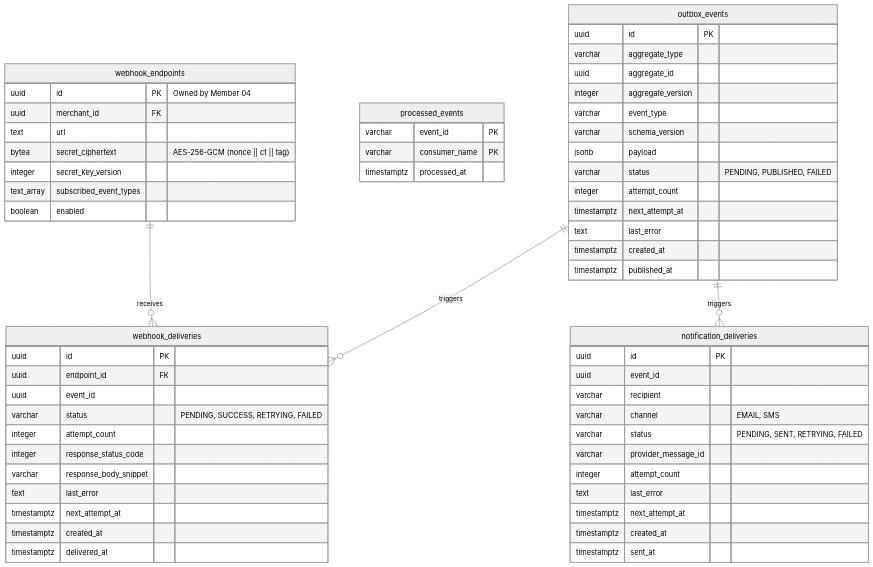
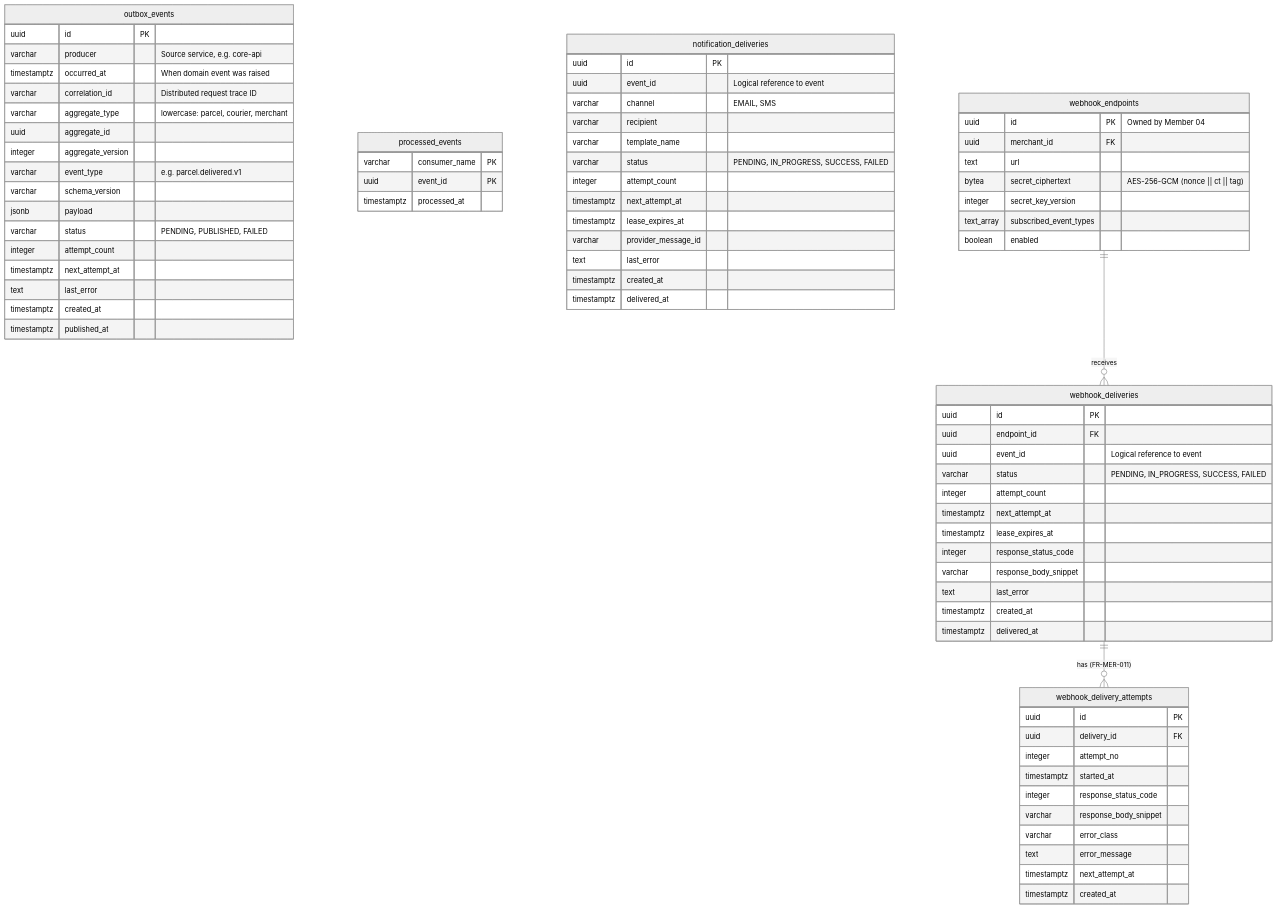
One commit to phantomTroupeEAD/SwiftDrop changed the diagram in docs/drafts/member-08-events-messaging/doc-05-data-and-persistence.md. Above: the diagram before and after it, drawn with Mermaid (neutral theme). The commit also changed other lines of this file and 13 other files, not shown here.

````diff
--- a/docs/drafts/member-08-events-messaging/doc-05-data-and-persistence.md
+++ b/docs/drafts/member-08-events-messaging/doc-05-data-and-persistence.md
@@ -20,10 +20,13 @@
 erDiagram
     outbox_events {
         uuid id PK
-        varchar aggregate_type
+        varchar producer "Source service, e.g. core-api"
+        timestamptz occurred_at "When domain event was raised"
+        varchar correlation_id "Distributed request trace ID"
+        varchar aggregate_type "lowercase: parcel, courier, merchant"
         uuid aggregate_id
         integer aggregate_version
-        varchar event_type
+        varchar event_type "e.g. parcel.delivered.v1"
         varchar schema_version
         jsonb payload
         varchar status "PENDING, PUBLISHED, FAILED"
@@ -35,23 +38,25 @@
     }
 
     processed_events {
-        varchar event_id PK
         varchar consumer_name PK
+        uuid event_id PK
         timestamptz processed_at
     }
 
     notification_deliveries {
         uuid id PK
-        uuid event_id
+        uuid event_id "Logical reference to event"
+        varchar channel "EMAIL, SMS"
         varchar recipient
-        varchar channel "EMAIL, SMS"
-        varchar status "PENDING, SENT, RETRYING, FAILED"
+        varchar template_name
+        varchar status "PENDING, IN_PROGRESS, SUCCESS, FAILED"
+        integer attempt_count
+        timestamptz next_attempt_at
+        timestamptz lease_expires_at
         varchar provider_message_id
-        integer attempt_count
         text last_error
-        timestamptz next_attempt_at
         timestamptz created_at
-        timestamptz sent_at
+        timestamptz delivered_at
     }
 
     webhook_endpoints {
@@ -67,18 +72,31 @@
     webhook_deliveries {
         uuid id PK
         uuid endpoint_id FK
-        uuid event_id
-        varchar status "PENDING, SUCCESS, RETRYING, FAILED"
+        uuid event_id "Logical reference to event"
+        varchar status "PENDING, IN_PROGRESS, SUCCESS, FAILED"
         integer attempt_count
+        timestamptz next_attempt_at
+        timestamptz lease_expires_at
         integer response_status_code
         varchar response_body_snippet
         text last_error
-        timestamptz next_attempt_at
         timestamptz created_at
         timestamptz delivered_at
     }
 
+    webhook_delivery_attempts {
+        uuid id PK
+        uuid delivery_id FK
+        integer attempt_no
+        timestamptz started_at
+        integer response_status_code
+        varchar response_body_snippet
+        varchar error_class
+        text error_message
+        timestamptz next_attempt_at
+        timestamptz created_at
+    }
+
     webhook_endpoints ||--o{ webhook_deliveries : "receives"
-    outbox_events ||--o{ webhook_deliveries : "triggers"
-    outbox_events ||--o{ notification_deliveries : "triggers"
+    webhook_deliveries ||--o{ webhook_delivery_attempts : "has (FR-MER-011)"
 ```
````
